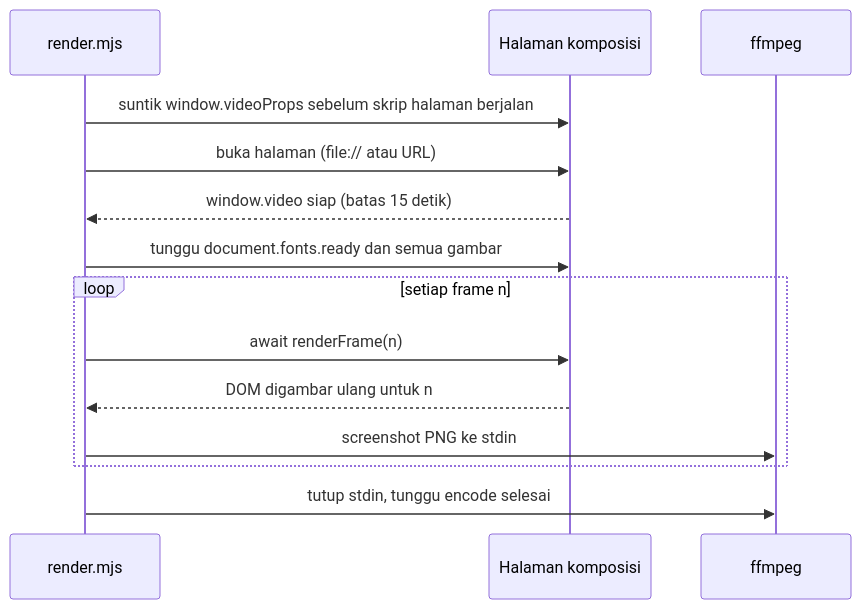
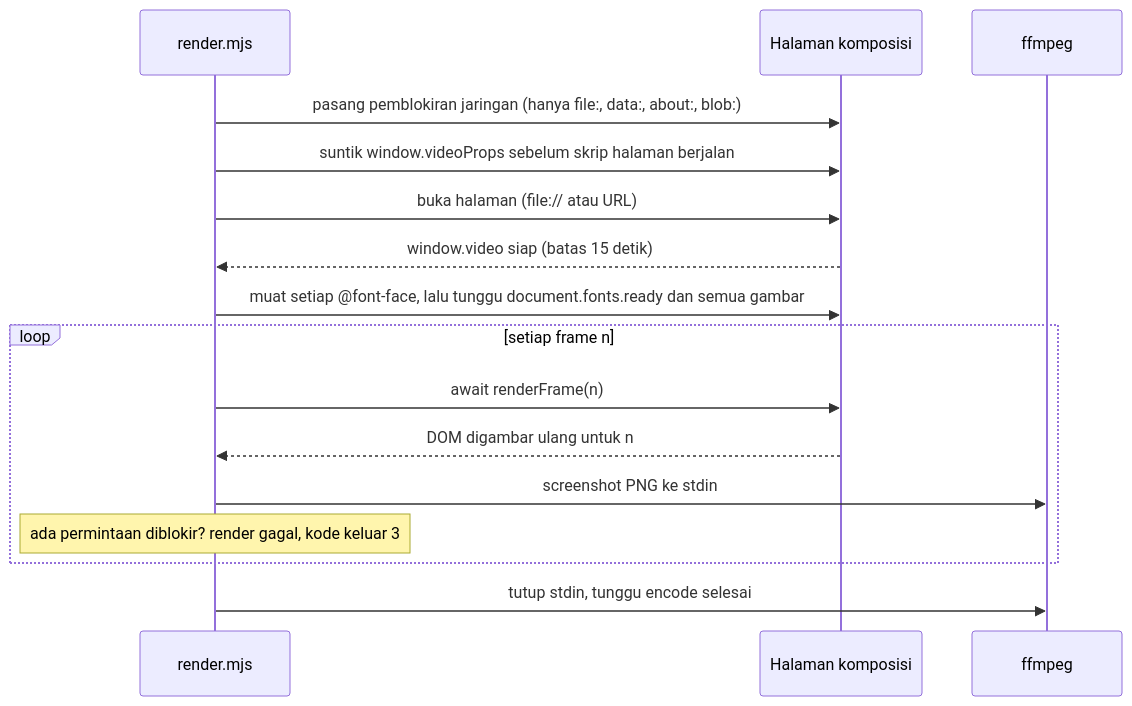
One commit to ahliweb/awvd changed the second of 3 diagrams in docs/arsitektur.md. Above: the diagram before and after it, drawn with Mermaid. The commit also changed other lines of this file and 22 other files, not shown here.

Commit message:
feat: blokir jaringan saat render, muat font eksplisit, dan CLI aset (validasi lisensi, SVG, resolusi, sRGB)

````diff
--- a/docs/arsitektur.md
+++ b/docs/arsitektur.md
@@ -51,16 +51,18 @@
 ```mermaid
 sequenceDiagram
     participant R as render.mjs
     participant H as Halaman komposisi
     participant F as ffmpeg
+    R->>H: pasang pemblokiran jaringan (hanya file:, data:, about:, blob:)
     R->>H: suntik window.videoProps sebelum skrip halaman berjalan
     R->>H: buka halaman (file:// atau URL)
     H-->>R: window.video siap (batas 15 detik)
-    R->>H: tunggu document.fonts.ready dan semua gambar
+    R->>H: muat setiap @font-face, lalu tunggu document.fonts.ready dan semua gambar
     loop setiap frame n
         R->>H: await renderFrame(n)
         H-->>R: DOM digambar ulang untuk n
         R->>F: screenshot PNG ke stdin
+        Note over R: ada permintaan diblokir? render gagal, kode keluar 3
     end
     R->>F: tutup stdin, tunggu encode selesai
 ```
````
